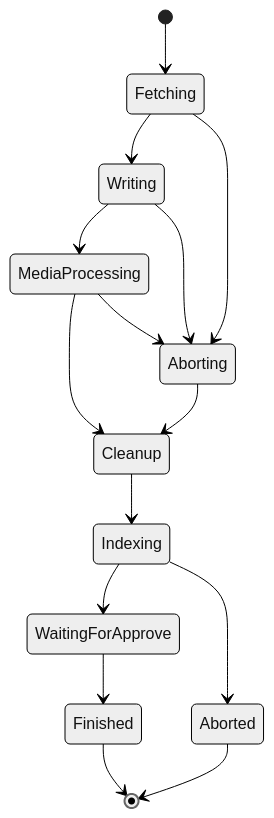
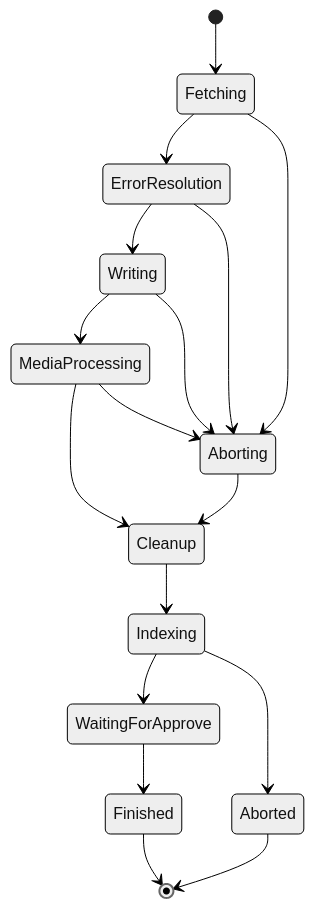
The second of 2 diagrams in products/extensions/migration-assistant/concept/index.md (shopware/docs), drawn with Mermaid (neutral theme) before and after one commit. The commit also changed other lines of this file and 5 other files, not shown here.

````diff
--- a/products/extensions/migration-assistant/concept/index.md
+++ b/products/extensions/migration-assistant/concept/index.md
@@ -108,21 +130,20 @@
 ```mermaid
 stateDiagram-v2
-
-%% happy case
   [*] --> Fetching
-  Fetching --> Writing
+  Fetching --> ErrorResolution
+  ErrorResolution --> Writing
   Writing --> MediaProcessing
   MediaProcessing --> Cleanup
   Cleanup --> Indexing
   Indexing --> WaitingForApprove
   WaitingForApprove --> Finished
   Finished --> [*]
 
-%% abort case
   Fetching --> Aborting
+  ErrorResolution --> Aborting
   Writing --> Aborting
   MediaProcessing --> Aborting
   Aborting --> Cleanup
   Indexing --> Aborted
   Aborted --> [*]
 ```
````
